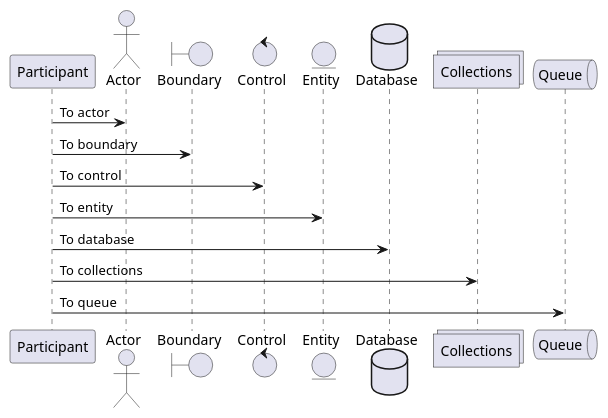
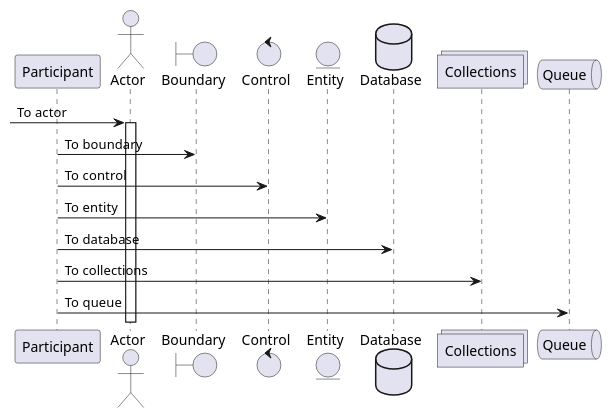
Before and after one commit to friskaim7/text2sd: the diagram in code2diagram/resource/sample/sequence_diagram-sample.puml, drawn with PlantUML.

Commit message:
add sequence diagram sample

```diff
--- a/code2diagram/resource/sample/sequence_diagram-sample.puml
+++ b/code2diagram/resource/sample/sequence_diagram-sample.puml
@@ -1,17 +1,18 @@
 @startuml Sequence Diagram
 participant Participant as Foo
 actor       Actor       as Foo1
 boundary    Boundary    as Foo2
 control     Control     as Foo3
 entity      Entity      as Foo4
 database    Database    as Foo5
 collections Collections as Foo6
 queue       Queue       as Foo7
-Foo -> Foo1 : To actor 
+-> Foo1 : To actor 
+activate Foo1
 Foo -> Foo2 : To boundary
 Foo -> Foo3 : To control
 Foo -> Foo4 : To entity
 Foo -> Foo5 : To database
 Foo -> Foo6 : To collections
 Foo -> Foo7: To queue
 @enduml
```
